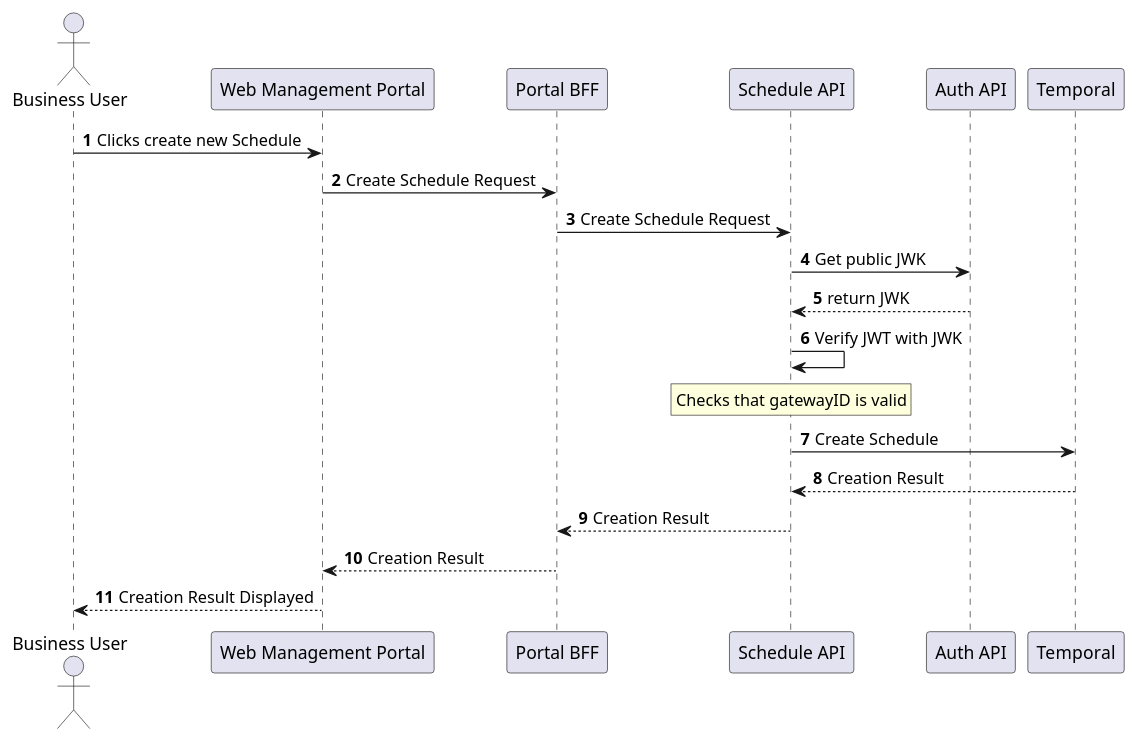
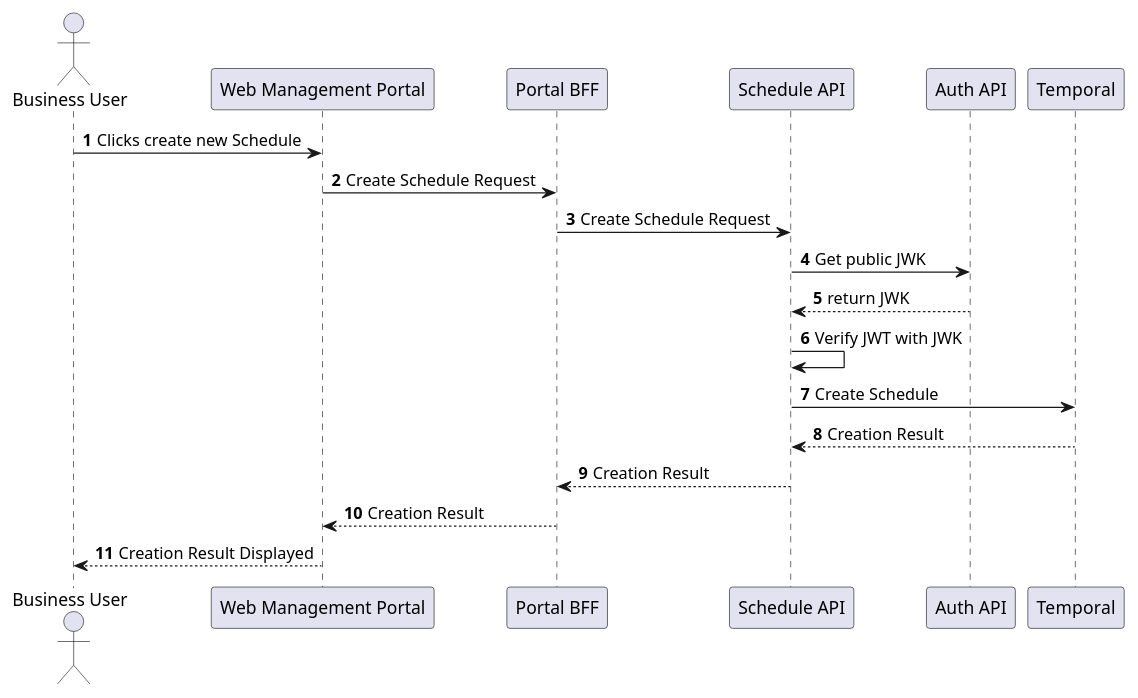
The diagram in Designs/Sequence Diagrams/CreateNewSchedule.puml (CameronWard301/communication_scheduler), drawn with PlantUML before and after one commit. The commit also changed 23 other files, not shown here.

```diff
--- a/Designs/Sequence Diagrams/CreateNewSchedule.puml
+++ b/Designs/Sequence Diagrams/CreateNewSchedule.puml
@@ -1,27 +1,24 @@
 @startuml Create New Schedule
 
 actor "Business User" as bu
 participant "Web Management Portal" as wmp
 participant "Portal BFF" as pbff
 participant "Schedule API" as cAPI
 participant "Auth API" as aAPI
 participant "Temporal" as temporal
 
 autonumber
 
 bu -> wmp: Clicks create new Schedule
 wmp -> pbff: Create Schedule Request
 pbff -> cAPI: Create Schedule Request
 cAPI -> aAPI: Get public JWK
 aAPI --> cAPI: return JWK
 cAPI -> cAPI: Verify JWT with JWK
-rnote over cAPI
-    Checks that gatewayID is valid
-endrnote
 cAPI -> temporal: Create Schedule
 temporal --> cAPI: Creation Result
 cAPI --> pbff: Creation Result
 pbff --> wmp: Creation Result
 wmp --> bu: Creation Result Displayed
 
 @enduml
```
